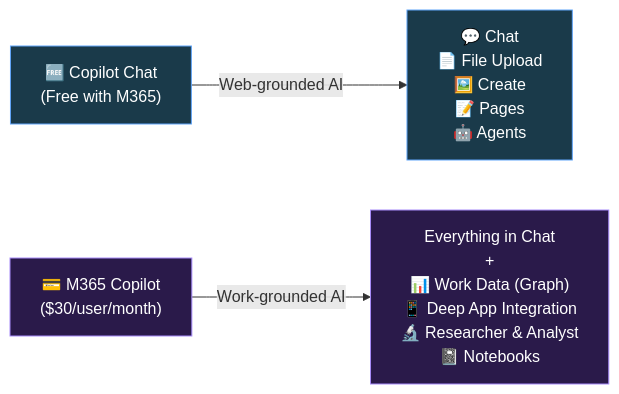
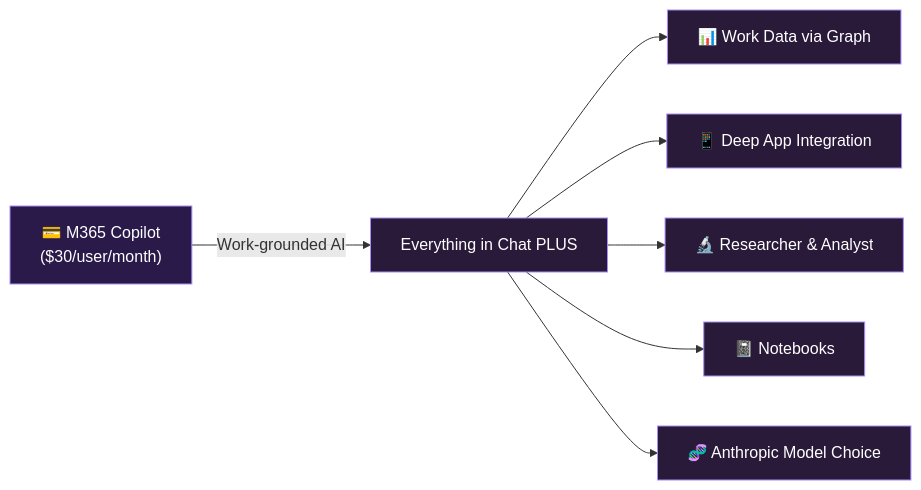
The second of 7 diagrams in content/blog/microsoft-365-copilot-chat-complete-guide-for-trainers.md (susanthgit/aguidetocloud-revamp), drawn with Mermaid before and after one commit. The commit also changed other lines of this file and 3 other files, not shown here.

````diff
--- a/content/blog/microsoft-365-copilot-chat-complete-guide-for-trainers.md
+++ b/content/blog/microsoft-365-copilot-chat-complete-guide-for-trainers.md
@@ -47,9 +85,16 @@
 ```mermaid
 flowchart LR
-    A["🆓 Copilot Chat\n(Free with M365)"] -->|"Web-grounded AI"| B["💬 Chat\n📄 File Upload\n🖼️ Create\n📝 Pages\n🤖 Agents"]
-    C["💳 M365 Copilot\n($30/user/month)"] -->|"Work-grounded AI"| D["Everything in Chat\n+\n📊 Work Data (Graph)\n📱 Deep App Integration\n🔬 Researcher & Analyst\n📓 Notebooks"]
-    style A fill:#1a3a4a,stroke:#60A5FA,color:#ffffff
-    style B fill:#1a3a4a,stroke:#60A5FA,color:#ffffff
-    style C fill:#2a1a4a,stroke:#A78BFA,color:#ffffff
-    style D fill:#2a1a4a,stroke:#A78BFA,color:#ffffff
+    A["💳 M365 Copilot\n($30/user/month)"] -->|"Work-grounded AI"| B["Everything in Chat PLUS"]
+    B --> C["📊 Work Data via Graph"]
+    B --> D["📱 Deep App Integration"]
+    B --> E["🔬 Researcher & Analyst"]
+    B --> F["📓 Notebooks"]
+    B --> G["🧬 Anthropic Model Choice"]
+    style A fill:#2a1a4a,stroke:#A78BFA,color:#ffffff
+    style B fill:#2a1a3a,stroke:#A78BFA,color:#ffffff
+    style C fill:#2a1a3a,stroke:#A78BFA,color:#ffffff
+    style D fill:#2a1a3a,stroke:#A78BFA,color:#ffffff
+    style E fill:#2a1a3a,stroke:#A78BFA,color:#ffffff
+    style F fill:#2a1a3a,stroke:#A78BFA,color:#ffffff
+    style G fill:#2a1a3a,stroke:#A78BFA,color:#ffffff
 ```
````
